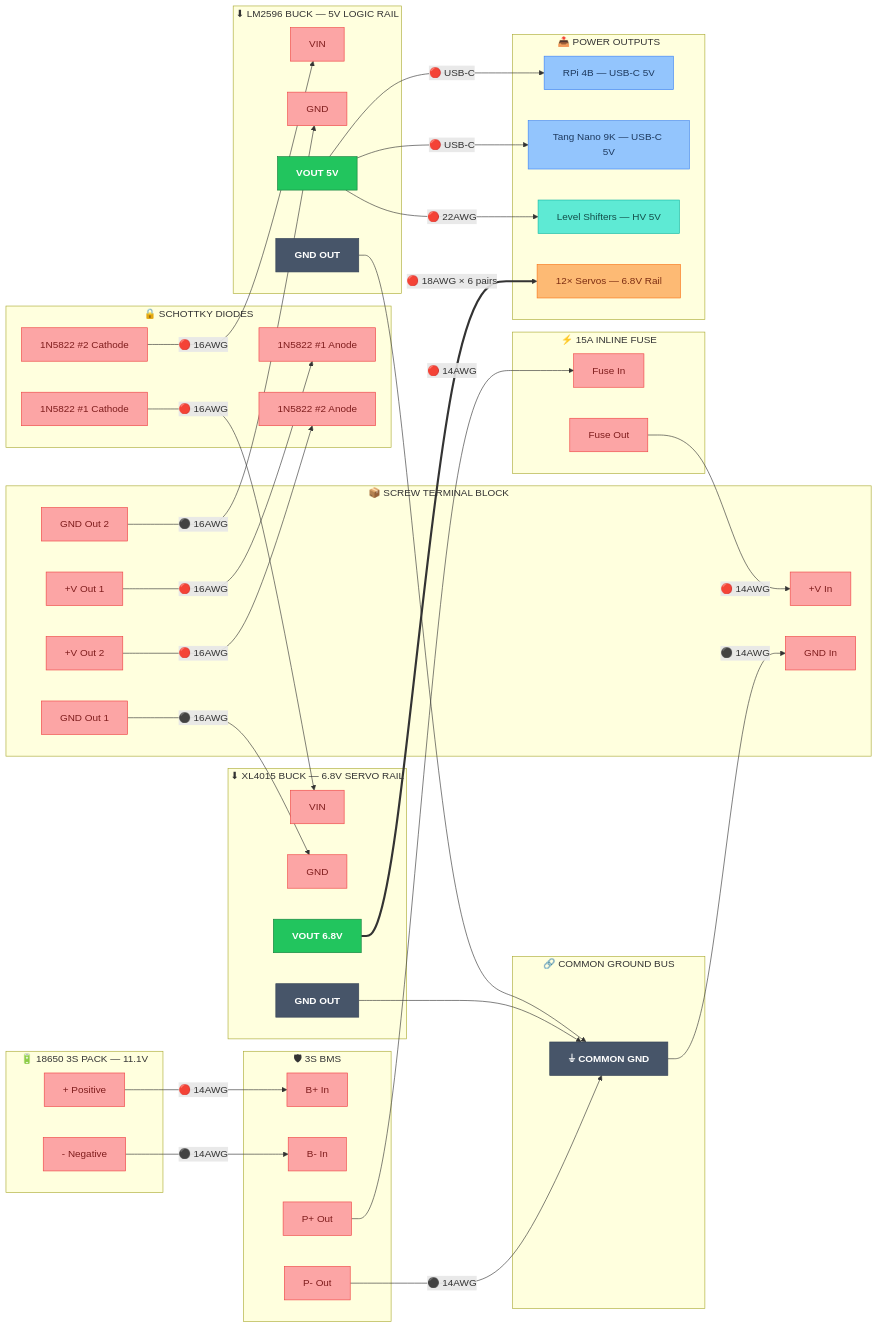
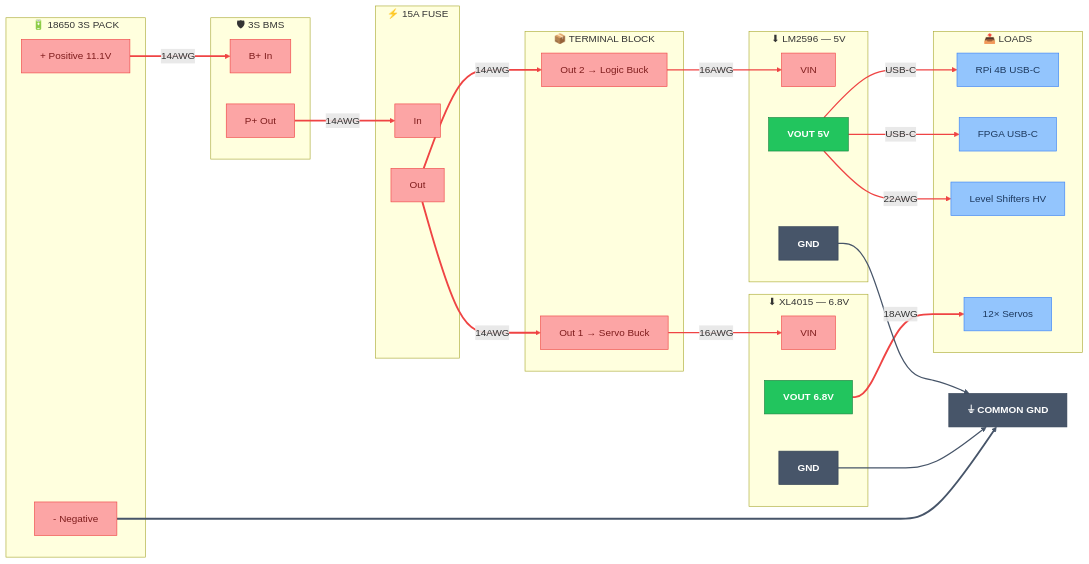
The second of 11 diagrams in control/docs/wiring_diagram.md (Major-Project-001/VIGIL-RQ), drawn with Mermaid before and after one commit. The commit also changed other lines of this file, not shown here.

Commit message:
docs: Add color-coded linkStyle to all Mermaid connection lines

````diff
--- a/control/docs/wiring_diagram.md
+++ b/control/docs/wiring_diagram.md
@@ -111,99 +99,75 @@
     classDef powerPin fill:#fca5a5,stroke:#ef4444,color:#7f1d1d
     classDef vcc fill:#22c55e,stroke:#15803d,color:#fff,font-weight:bold
     classDef gnd fill:#475569,stroke:#334155,color:#fff,font-weight:bold
-    classDef rpi fill:#3b82f6,stroke:#1d4ed8,color:#fff,font-weight:bold
-    classDef rpiPin fill:#93c5fd,stroke:#3b82f6,color:#1e3a5f
-    classDef fpga fill:#22c55e,stroke:#15803d,color:#fff,font-weight:bold
-    classDef ls fill:#14b8a6,stroke:#0f766e,color:#fff,font-weight:bold
-    classDef lsPin fill:#5eead4,stroke:#14b8a6,color:#134e4a
-    classDef servoPin fill:#fdba74,stroke:#f97316,color:#7c2d12
+    classDef load fill:#93c5fd,stroke:#3b82f6,color:#1e3a5f
 
-    subgraph BATTERY["🔋 18650 3S PACK — 11.1V"]
-        BAT_POS["+  Positive"]:::powerPin
-        BAT_NEG["-  Negative"]:::powerPin
+    subgraph BATTERY["🔋 18650 3S PACK"]
+        BAT_POS["+ Positive 11.1V"]:::powerPin
+        BAT_NEG["- Negative"]:::powerPin
     end
 
     subgraph BMS_BLOCK["🛡 3S BMS"]
-        BMS_BIN["B+ In"]:::powerPin
-        BMS_BMIN["B- In"]:::powerPin
-        BMS_POUT["P+ Out"]:::powerPin
-        BMS_NOUT["P- Out"]:::powerPin
+        BMS_IN["B+ In"]:::powerPin
+        BMS_OUT["P+ Out"]:::powerPin
     end
 
-    subgraph FUSE_BLOCK["⚡ 15A INLINE FUSE"]
-        FUSE_IN["Fuse In"]:::powerPin
-        FUSE_OUT["Fuse Out"]:::powerPin
+    subgraph FUSE_BLOCK["⚡ 15A FUSE"]
+        FUSE_IN["In"]:::powerPin
+        FUSE_OUT["Out"]:::powerPin
     end
 
-    subgraph TERMINAL["📦 SCREW TERMINAL BLOCK"]
-        T_VIN["+V In"]:::powerPin
-        T_GND["GND In"]:::powerPin
-        T_OUT1["+V Out 1"]:::powerPin
-        T_OUT2["+V Out 2"]:::powerPin
-        T_GND1["GND Out 1"]:::powerPin
-        T_GND2["GND Out 2"]:::powerPin
+    subgraph TERMINAL["📦 TERMINAL BLOCK"]
+        T_V1["Out 1 → Servo Buck"]:::powerPin
+        T_V2["Out 2 → Logic Buck"]:::powerPin
     end
 
-    subgraph DIODES["🔒 SCHOTTKY DIODES"]
-        D1_A["1N5822 #1 Anode"]:::powerPin
-        D1_K["1N5822 #1 Cathode"]:::powerPin
-        D2_A["1N5822 #2 Anode"]:::powerPin
-        D2_K["1N5822 #2 Cathode"]:::powerPin
+    subgraph SERVO_BUCK["⬇ XL4015 — 6.8V"]
+        BS_VIN["VIN"]:::powerPin
+        BS_VOUT["VOUT 6.8V"]:::vcc
+        BS_GND["GND"]:::gnd
     end
 
-    subgraph BUCK_SERVO["⬇ XL4015 BUCK — 6.8V SERVO RAIL"]
-        BS_VIN["VIN"]:::powerPin
-        BS_GND["GND"]:::powerPin
-        BS_VOUT["VOUT  6.8V"]:::vcc
-        BS_GNDO["GND OUT"]:::gnd
+    subgraph LOGIC_BUCK["⬇ LM2596 — 5V"]
+        BL_VIN["VIN"]:::powerPin
+        BL_VOUT["VOUT 5V"]:::vcc
+        BL_GND["GND"]:::gnd
     end
 
-    subgraph BUCK_LOGIC["⬇ LM2596 BUCK — 5V LOGIC RAIL"]
-        BL_VIN["VIN"]:::powerPin
-        BL_GND["GND"]:::powerPin
-        BL_VOUT["VOUT  5V"]:::vcc
-        BL_GNDO["GND OUT"]:::gnd
+    subgraph LOADS["📤 LOADS"]
+        RPI_PWR["RPi 4B USB-C"]:::load
+        FPGA_PWR["FPGA USB-C"]:::load
+        LS_PWR["Level Shifters HV"]:::load
+        SERVO_PWR["12× Servos"]:::load
     end
 
-    subgraph COMMON_BUS["🔗 COMMON GROUND BUS"]
-        GND_BUS["⏚ COMMON GND"]:::gnd
-    end
+    GND_STAR["⏚ COMMON GND"]:::gnd
 
-    subgraph LOADS["📤 POWER OUTPUTS"]
-        RPI_5V["RPi 4B — USB-C 5V"]:::rpiPin
-        FPGA_5V["Tang Nano 9K — USB-C 5V"]:::rpiPin
-        LS_HV["Level Shifters — HV 5V"]:::lsPin
-        SERVO_PWR["12× Servos — 6.8V Rail"]:::servoPin
-    end
+    BAT_POS -->|"14AWG"| BMS_IN
+    BMS_OUT -->|"14AWG"| FUSE_IN
+    FUSE_OUT -->|"14AWG"| T_V1
+    FUSE_OUT -->|"14AWG"| T_V2
+    T_V1 -->|"16AWG"| BS_VIN
+    T_V2 -->|"16AWG"| BL_VIN
+    BS_VOUT -->|"18AWG"| SERVO_PWR
+    BL_VOUT -->|"USB-C"| RPI_PWR
+    BL_VOUT -->|"USB-C"| FPGA_PWR
+    BL_VOUT -->|"22AWG"| LS_PWR
 
-    %% Battery → BMS
-    BAT_POS -->|"🔴 14AWG"| BMS_BIN
-    BAT_NEG -->|"⚫ 14AWG"| BMS_BMIN
+    BAT_NEG --> GND_STAR
+    BS_GND --> GND_STAR
+    BL_GND --> GND_STAR
 
-    %% BMS → Fuse
-    BMS_POUT -->|"🔴 14AWG"| FUSE_IN
-    BMS_NOUT -->|"⚫ 14AWG"| GND_BUS
-
-    %% Fuse → Terminal
-    FUSE_OUT -->|"🔴 14AWG"| T_VIN
-    GND_BUS -->|"⚫ 14AWG"| T_GND
-
-    %% Terminal → Diodes → Bucks
-    T_OUT1 -->|"🔴 16AWG"| D1_A
-    D1_K -->|"🔴 16AWG"| BS_VIN
-
-    T_OUT2 -->|"🔴 16AWG"| D2_A
-    D2_K -->|"🔴 16AWG"| BL_VIN
-
-    T_GND1 -->|"⚫ 16AWG"| BS_GND
-    T_GND2 -->|"⚫ 16AWG"| BL_GND
-
-    %% Buck outputs
-    BS_GNDO --> GND_BUS
-    BL_GNDO --> GND_BUS
-
-    BS_VOUT ==>|"🔴 18AWG × 6 pairs"| SERVO_PWR
-    BL_VOUT -->|"🔴 USB-C"| RPI_5V
-    BL_VOUT -->|"🔴 USB-C"| FPGA_5V
-    BL_VOUT -->|"🔴 22AWG"| LS_HV
+    linkStyle 0 stroke:#ef4444,stroke-width:3px
+    linkStyle 1 stroke:#ef4444,stroke-width:3px
+    linkStyle 2 stroke:#ef4444,stroke-width:3px
+    linkStyle 3 stroke:#ef4444,stroke-width:3px
+    linkStyle 4 stroke:#ef4444,stroke-width:2px
+    linkStyle 5 stroke:#ef4444,stroke-width:2px
+    linkStyle 6 stroke:#ef4444,stroke-width:3px
+    linkStyle 7 stroke:#ef4444,stroke-width:2px
+    linkStyle 8 stroke:#ef4444,stroke-width:2px
+    linkStyle 9 stroke:#ef4444,stroke-width:2px
+    linkStyle 10 stroke:#475569,stroke-width:3px
+    linkStyle 11 stroke:#475569,stroke-width:2px
+    linkStyle 12 stroke:#475569,stroke-width:2px
 ```
````
